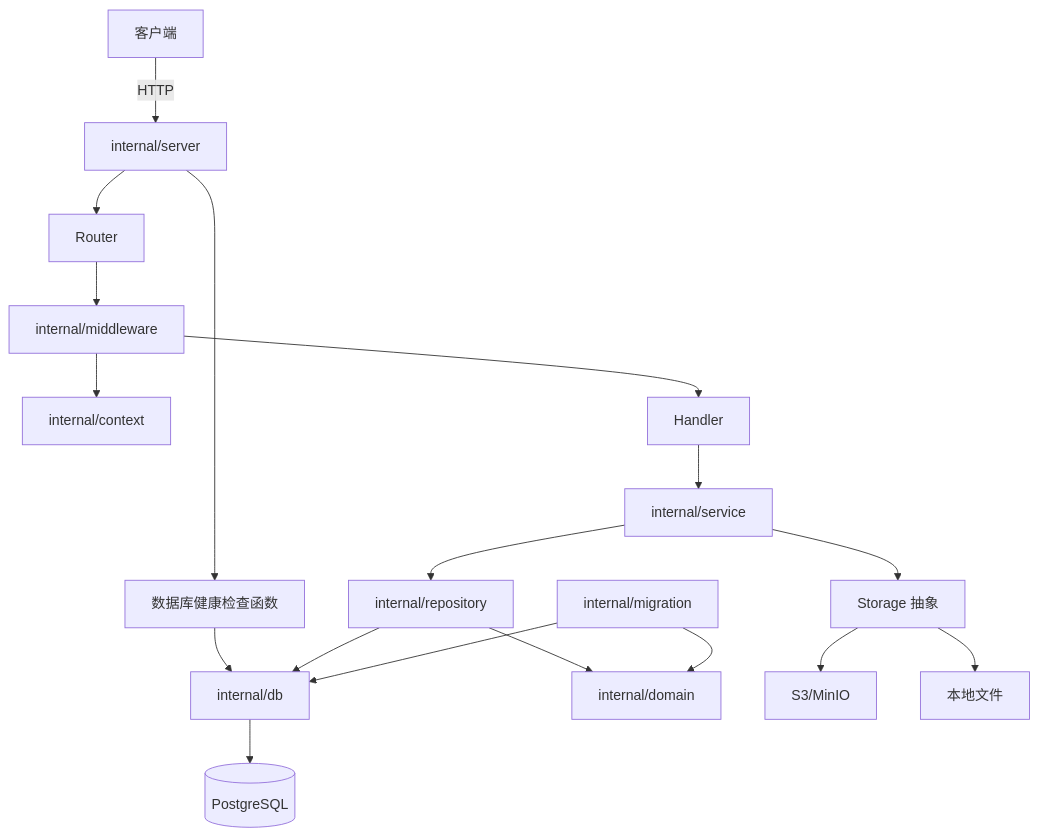
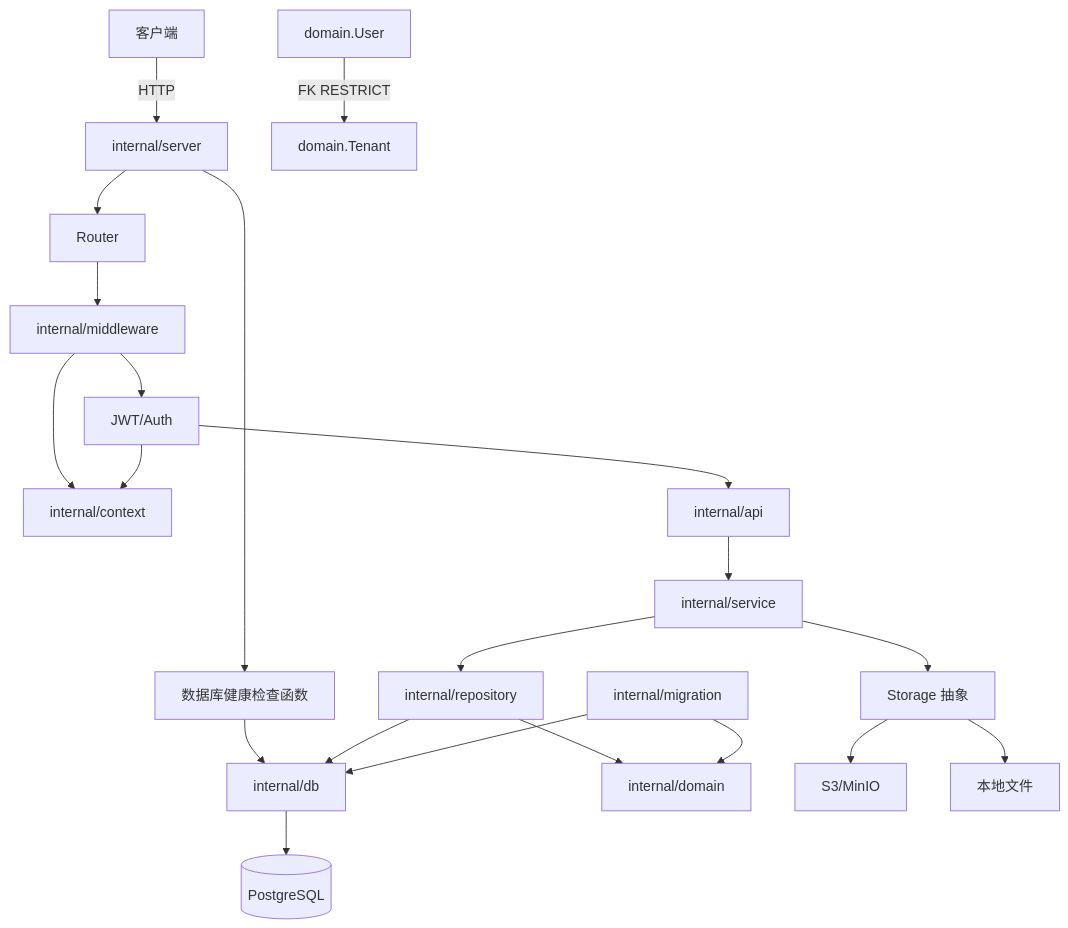
The diagram in .codex/knowledge-graph.md (1622359590/imaiplay), drawn with Mermaid before and after one commit. The commit also changed other lines of this file and 49 other files, not shown here.

````diff
--- a/.codex/knowledge-graph.md
+++ b/.codex/knowledge-graph.md
@@ -5,20 +5,23 @@
 ```mermaid
 graph TD
     Client[客户端] -->|HTTP| Server[internal/server]
     Server --> Router[Router]
     Router --> Middleware[internal/middleware]
     Middleware --> Context[internal/context]
-    Middleware --> Handler[Handler]
+    Middleware --> Auth[JWT/Auth]
+    Auth --> Context
+    Auth --> Handler[internal/api]
     Server --> DBHealth[数据库健康检查函数]
     DBHealth --> DB[internal/db]
     Handler --> Service[internal/service]
     Service --> Repository[internal/repository]
     Repository --> Domain[internal/domain]
+    User[domain.User] -->|FK RESTRICT| Tenant[domain.Tenant]
     Repository --> DB
     Migration[internal/migration] --> Domain
     Migration --> DB
     DB --> PostgreSQL[(PostgreSQL)]
     Service --> Storage[Storage 抽象]
     Storage --> S3[S3/MinIO]
     Storage --> Local[本地文件]
 ```
````
